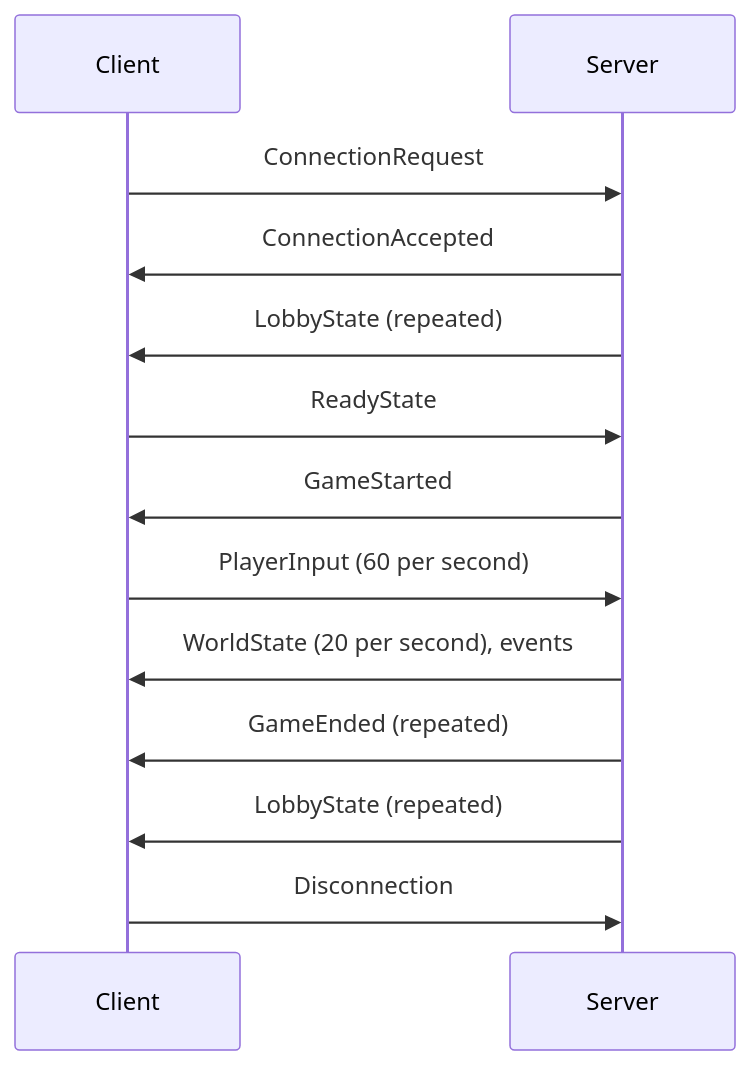
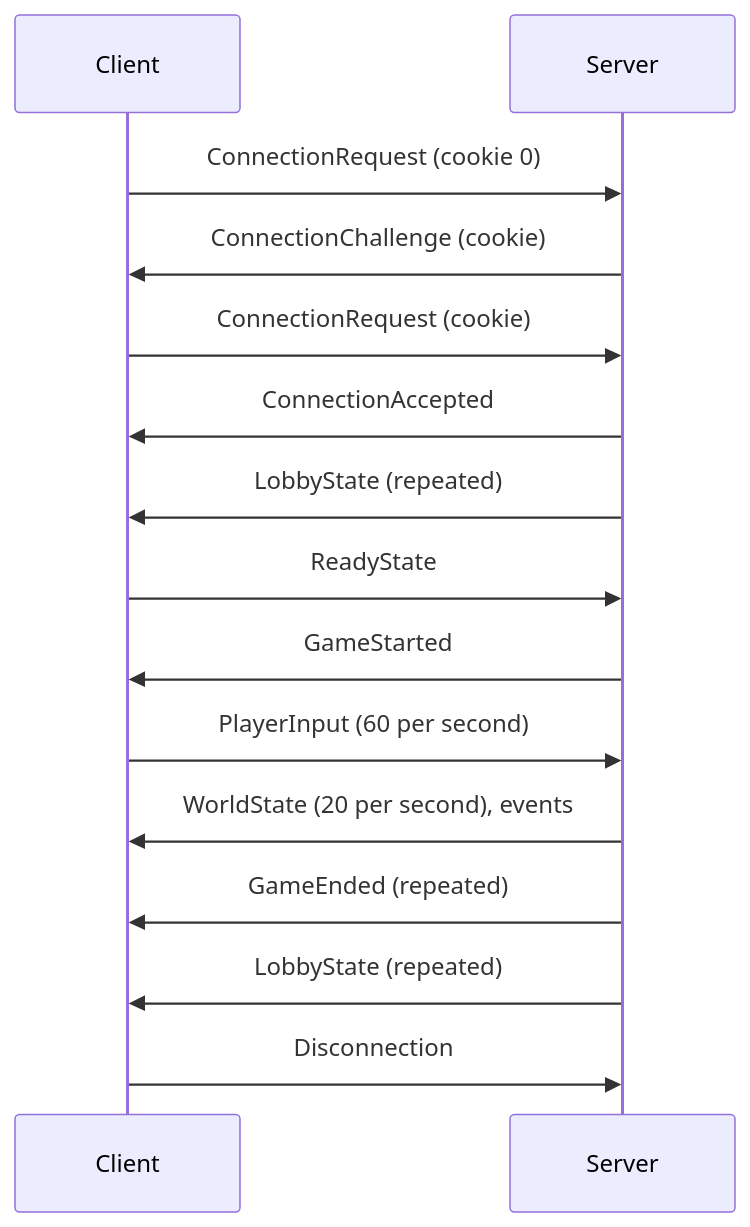
The diagram in docs/src/content/docs/protocol.mdx (nique-epi/R-Type), drawn with Mermaid before and after one commit. The commit also changed other lines of this file, not shown here.

Commit message:
docs: give a player slot only to a request carrying a valid cookie

````diff
--- a/docs/src/content/docs/protocol.mdx
+++ b/docs/src/content/docs/protocol.mdx
@@ -222,17 +227,19 @@
 ```mermaid
 sequenceDiagram
   accTitle: Messages of one session
-  accDescr: The client asks to connect and is accepted. The server repeats the lobby state until every player is ready, then starts the game. During the game the client sends its inputs and the server sends world states and events. When no player has a life left the server repeats the end of the game, then the lobby state again.
+  accDescr: The client asks to connect, receives a challenge, asks again with the cookie and is accepted. The server repeats the lobby state until every player is ready, then starts the game. During the game the client sends its inputs and the server sends world states and events. When no player has a life left the server repeats the end of the game, then the lobby state again.
   participant C as Client
   participant S as Server
-  C->>S: ConnectionRequest
+  C->>S: ConnectionRequest (cookie 0)
+  S->>C: ConnectionChallenge (cookie)
+  C->>S: ConnectionRequest (cookie)
   S->>C: ConnectionAccepted
   S->>C: LobbyState (repeated)
   C->>S: ReadyState
   S->>C: GameStarted
   C->>S: PlayerInput (60 per second)
   S->>C: WorldState (20 per second), events
   S->>C: GameEnded (repeated)
   S->>C: LobbyState (repeated)
   C->>S: Disconnection
 ```
````
